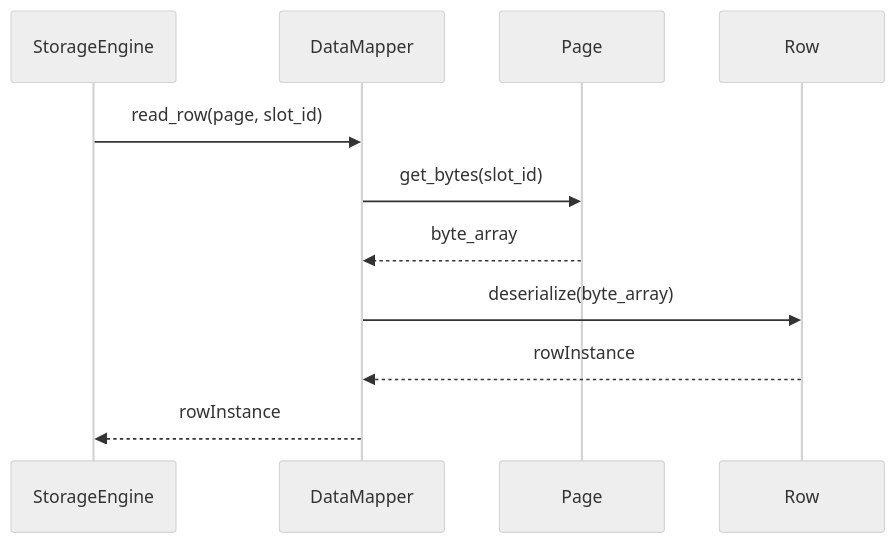
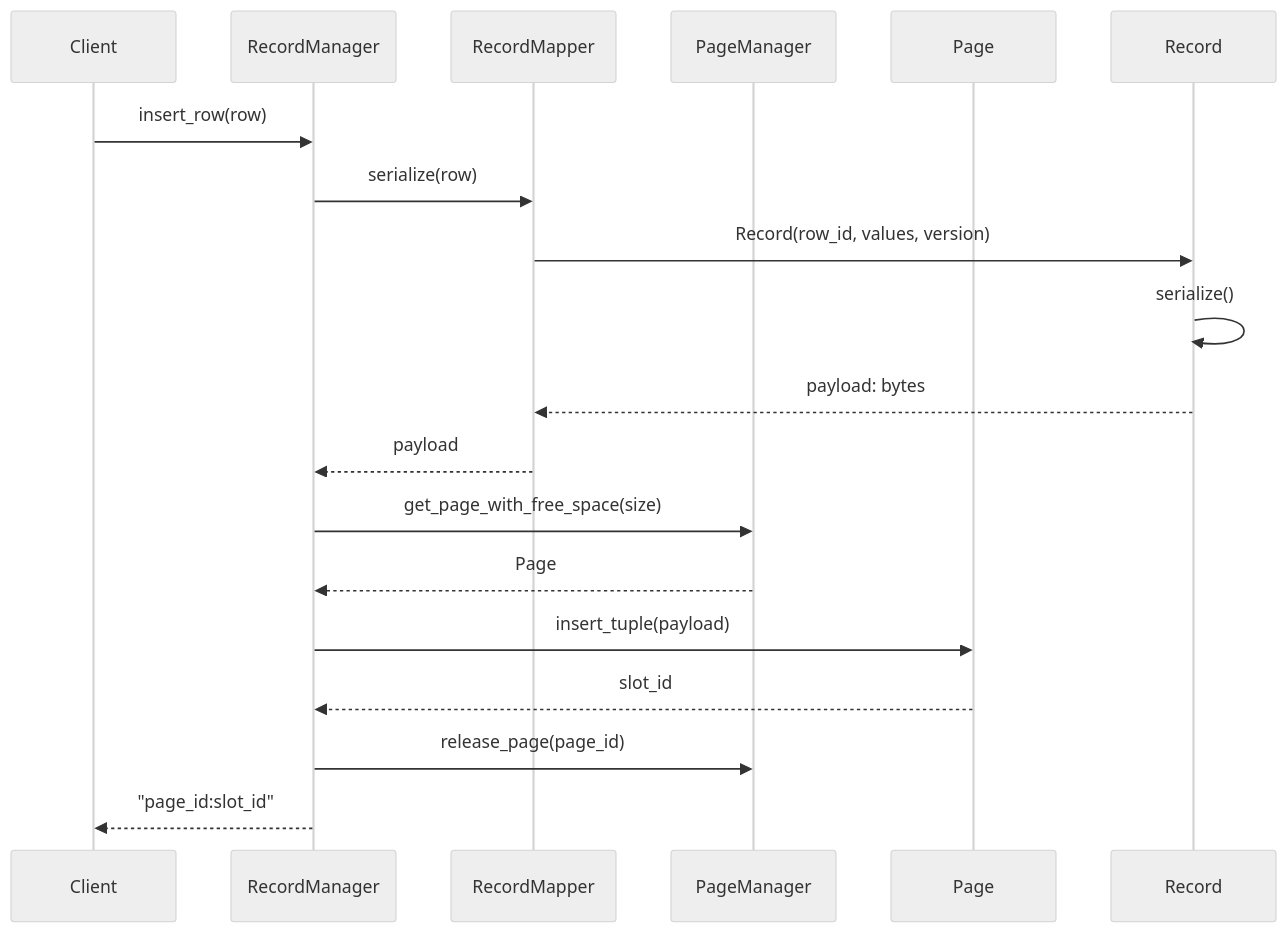
Before and after one commit to taitran501/DBMS: diagram 13 of 21 in README.md, drawn with Mermaid (neutral theme). The commit also changed other lines of this file and 2 other files, not shown here.

Commit message:
docs(storage_engine): add Data Mapper class and sequence diagrams

````diff
--- a/README.md
+++ b/README.md
@@ -1103,14 +1105,22 @@
 ```mermaid
 sequenceDiagram
-    participant StorageEngine
-    participant DataMapper
+    participant Client
+    participant RecordManager
+    participant RecordMapper
+    participant PageManager
     participant Page
-    participant Row
+    participant Record
 
-    StorageEngine->>DataMapper: read_row(page, slot_id)
-    DataMapper->>Page: get_bytes(slot_id)
-    Page-->>DataMapper: byte_array
-    DataMapper->>Row: deserialize(byte_array)
-    Row-->>DataMapper: rowInstance
-    DataMapper-->>StorageEngine: rowInstance
+    Client->>RecordManager: insert_row(row)
+    RecordManager->>RecordMapper: serialize(row)
+    RecordMapper->>Record: Record(row_id, values, version)
+    Record->>Record: serialize()
+    Record-->>RecordMapper: payload: bytes
+    RecordMapper-->>RecordManager: payload
+    RecordManager->>PageManager: get_page_with_free_space(size)
+    PageManager-->>RecordManager: Page
+    RecordManager->>Page: insert_tuple(payload)
+    Page-->>RecordManager: slot_id
+    RecordManager->>PageManager: release_page(page_id)
+    RecordManager-->>Client: "page_id:slot_id"
 ```
````
